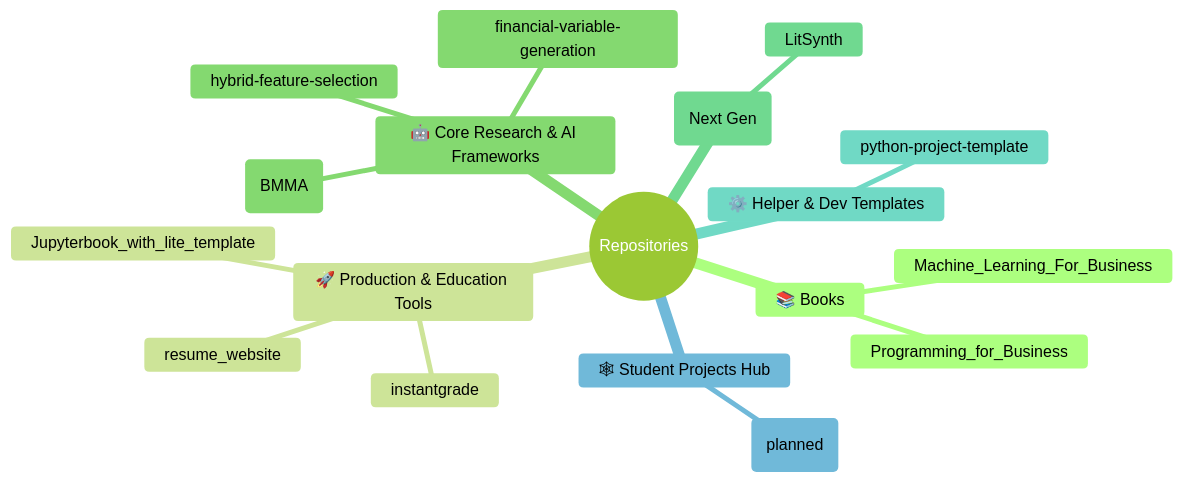
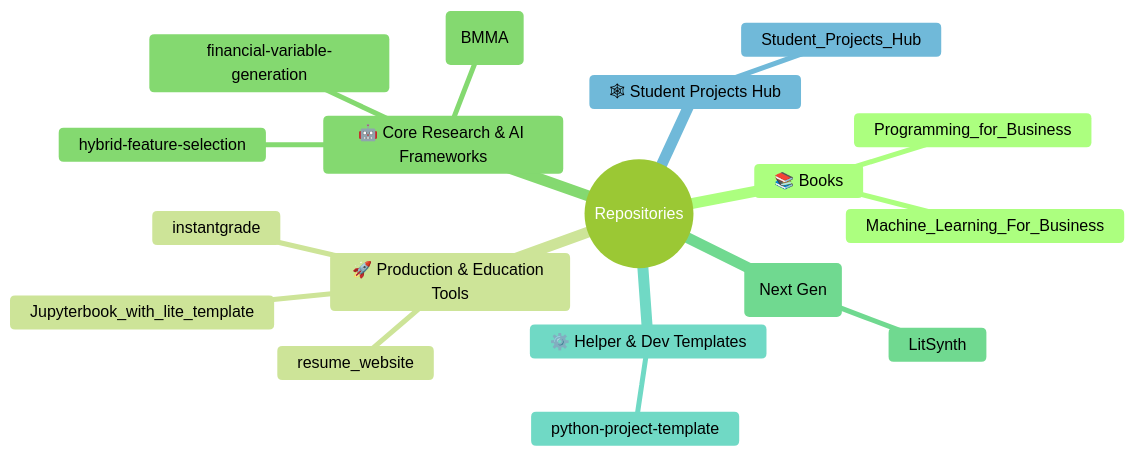
One commit to chandraveshchaudhari/chandraveshchaudhari changed the diagram in README.md. Above: the diagram before and after it, drawn with Mermaid (forest theme). The commit also changed other lines of this file, not shown here.

Commit message:
update student projects references in README

`````diff
--- a/README.md
+++ b/README.md
@@ -23,21 +23,21 @@
 ```mermaid
 mindmap
   root((Repositories))
     📚 Books
       Programming_for_Business
       Machine_Learning_For_Business
     🚀 Production & Education Tools
       instantgrade
       Jupyterbook_with_lite_template
       resume_website
     🤖 Core Research & AI Frameworks
       brain-ai (BMMA)
       hybrid-feature-selection
       financial-variable-generation
     📖 Literature-Automation (Next Gen)
       LitSynth
     ⚙️ Helper & Dev Templates
       python-project-template
     🕸 Student Projects Hub
-      student-ml-projects (planned)
+      Student_Projects_Hub
 ````
`````
